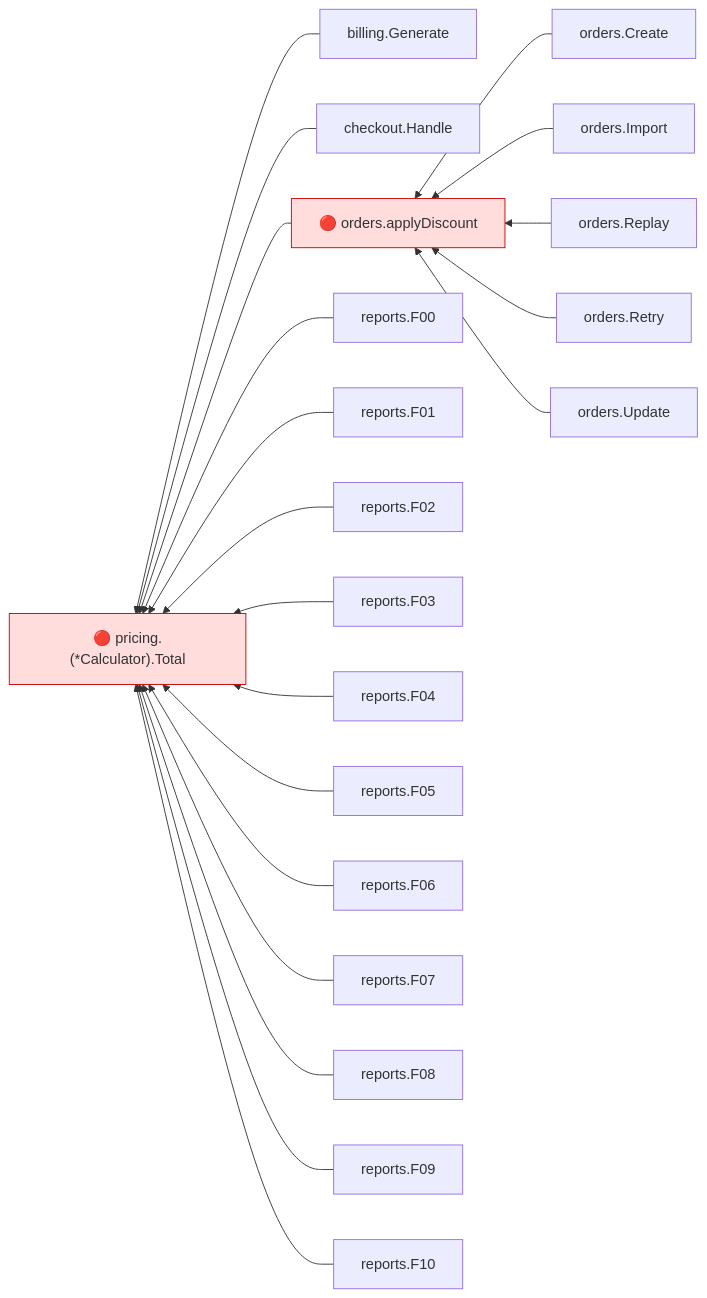
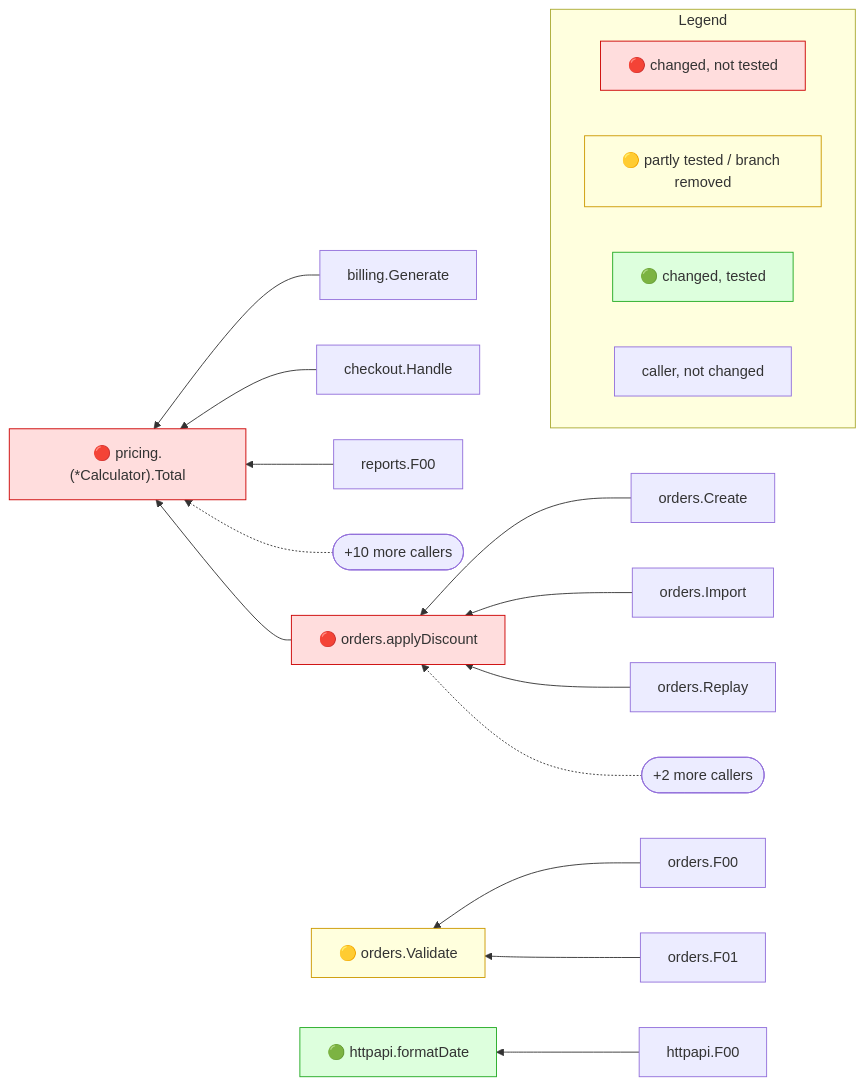
Before and after one commit to Kevinbarrero/mr-impact: the diagram in internal/report/testdata/spec_example.golden.md, drawn with Mermaid. The commit also changed other lines of this file and 65 other files, not shown here.

````diff
--- a/internal/report/testdata/spec_example.golden.md
+++ b/internal/report/testdata/spec_example.golden.md
@@ -15,44 +18,40 @@
 ```mermaid
-graph RL
+flowchart RL
   n0["🔴 pricing.(*Calculator).Total"]:::red
   n1["billing.Generate"]
   n2["checkout.Handle"]
-  n3["🔴 orders.applyDiscount"]:::red
-  n4["reports.F00"]
-  n5["reports.F01"]
-  n6["reports.F02"]
-  n7["reports.F03"]
-  n8["reports.F04"]
-  n9["reports.F05"]
-  n10["reports.F06"]
-  n11["reports.F07"]
-  n12["reports.F08"]
-  n13["reports.F09"]
-  n14["reports.F10"]
-  n15["orders.Create"]
-  n16["orders.Import"]
-  n17["orders.Replay"]
-  n18["orders.Retry"]
-  n19["orders.Update"]
+  n3["reports.F00"]
+  n4(["+10 more callers"])
+  n5["🔴 orders.applyDiscount"]:::red
+  n6["orders.Create"]
+  n7["orders.Import"]
+  n8["orders.Replay"]
+  n9(["+2 more callers"])
+  n10["🟡 orders.Validate"]:::yellow
+  n11["orders.F00"]
+  n12["orders.F01"]
+  n13["🟢 httpapi.formatDate"]:::green
+  n14["httpapi.F00"]
   n1 --> n0
   n2 --> n0
   n3 --> n0
-  n4 --> n0
+  n4 -.-> n0
+  n6 --> n5
+  n7 --> n5
+  n8 --> n5
+  n9 -.-> n5
+  n11 --> n10
+  n12 --> n10
+  n14 --> n13
   n5 --> n0
-  n6 --> n0
-  n7 --> n0
-  n8 --> n0
-  n9 --> n0
-  n10 --> n0
-  n11 --> n0
-  n12 --> n0
-  n13 --> n0
-  n14 --> n0
-  n15 --> n3
-  n16 --> n3
-  n17 --> n3
-  n18 --> n3
-  n19 --> n3
+  subgraph legend ["Legend"]
+    direction LR
+    lr["🔴 changed, not tested"]:::red
+    ly["🟡 partly tested / branch removed"]:::yellow
+    lg["🟢 changed, tested"]:::green
+    lc["caller, not changed"]
+  end
   classDef red fill:#fdd,stroke:#c00
-  %% +5 not shown
+  classDef yellow fill:#ffd,stroke:#c90
+  classDef green fill:#dfd,stroke:#2a2
 ```
````
